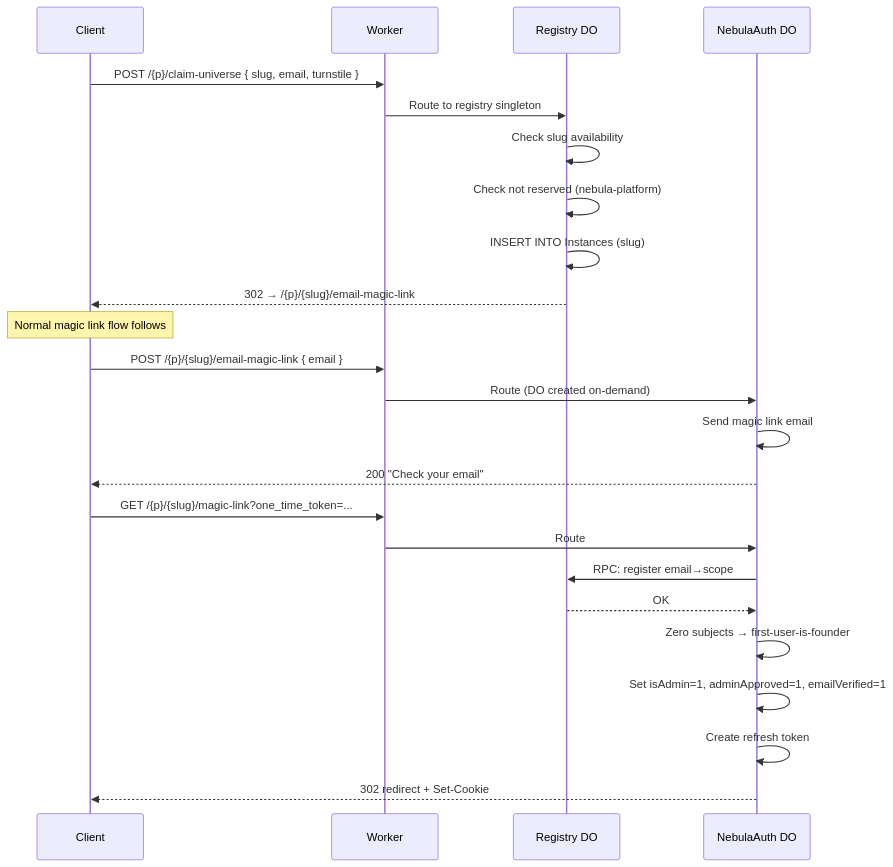
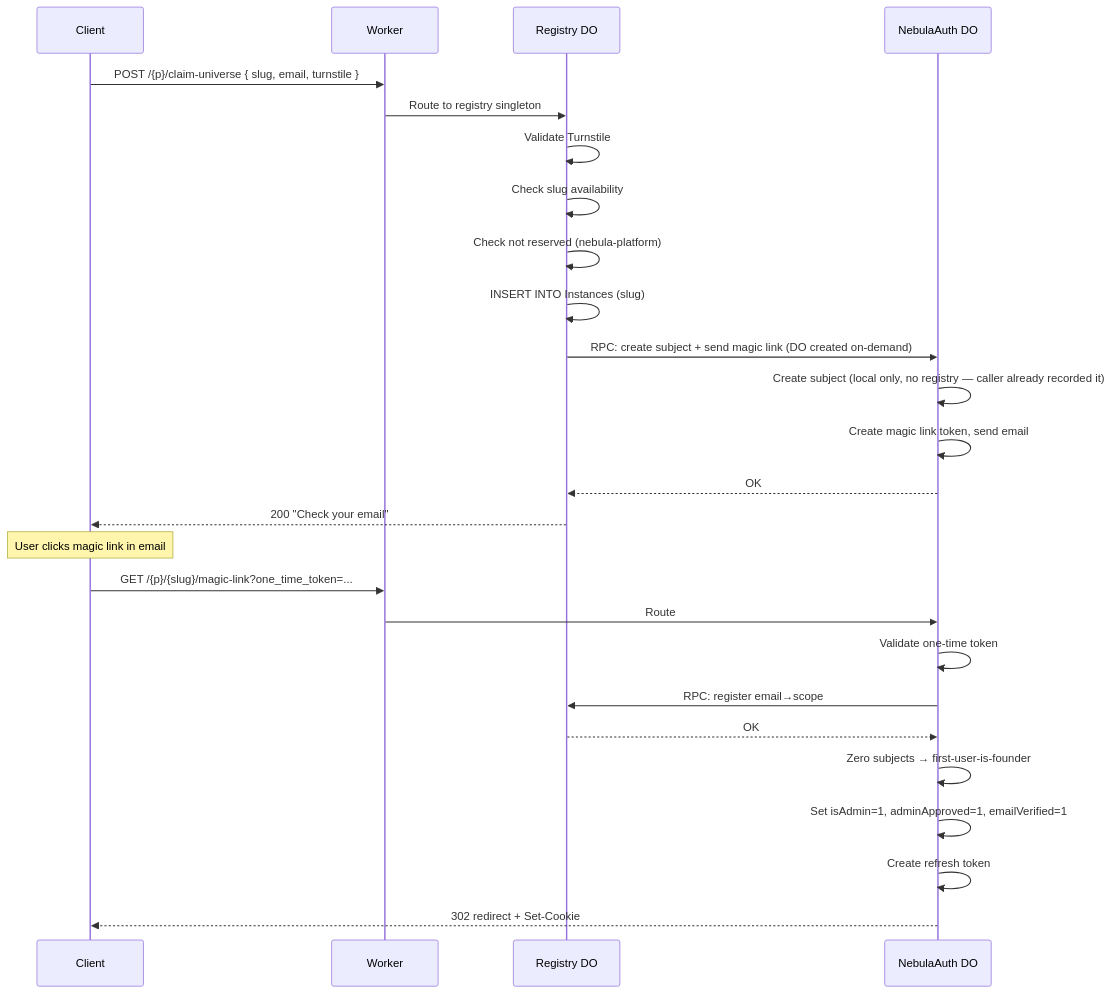
One commit to lumenize/lumenize changed the fourth of 8 diagrams in tasks/nebula-auth.md. Above: the diagram before and after it, drawn with Mermaid. The commit also changed other lines of this file and 5 other files, not shown here.

````diff
--- a/tasks/nebula-auth.md
+++ b/tasks/nebula-auth.md
@@ -187,29 +217,30 @@
 ```mermaid
 sequenceDiagram
     participant C as Client
     participant W as Worker
     participant R as Registry DO
     participant NA as NebulaAuth DO
 
     C->>W: POST /{p}/claim-universe { slug, email, turnstile }
     W->>R: Route to registry singleton
+    R->>R: Validate Turnstile
     R->>R: Check slug availability
     R->>R: Check not reserved (nebula-platform)
     R->>R: INSERT INTO Instances (slug)
-    R-->>C: 302 → /{p}/{slug}/email-magic-link
+    R->>NA: RPC: create subject + send magic link (DO created on-demand)
+    NA->>NA: Create subject (local only, no registry — caller already recorded it)
+    NA->>NA: Create magic link token, send email
+    NA-->>R: OK
+    R-->>C: 200 "Check your email"
 
-    Note over C: Normal magic link flow follows
-    C->>W: POST /{p}/{slug}/email-magic-link { email }
-    W->>NA: Route (DO created on-demand)
-    NA->>NA: Send magic link email
-    NA-->>C: 200 "Check your email"
-
+    Note over C: User clicks magic link in email
     C->>W: GET /{p}/{slug}/magic-link?one_time_token=...
     W->>NA: Route
+    NA->>NA: Validate one-time token
     NA->>R: RPC: register email→scope
     R-->>NA: OK
     NA->>NA: Zero subjects → first-user-is-founder
     NA->>NA: Set isAdmin=1, adminApproved=1, emailVerified=1
     NA->>NA: Create refresh token
     NA-->>C: 302 redirect + Set-Cookie
 ```
````
